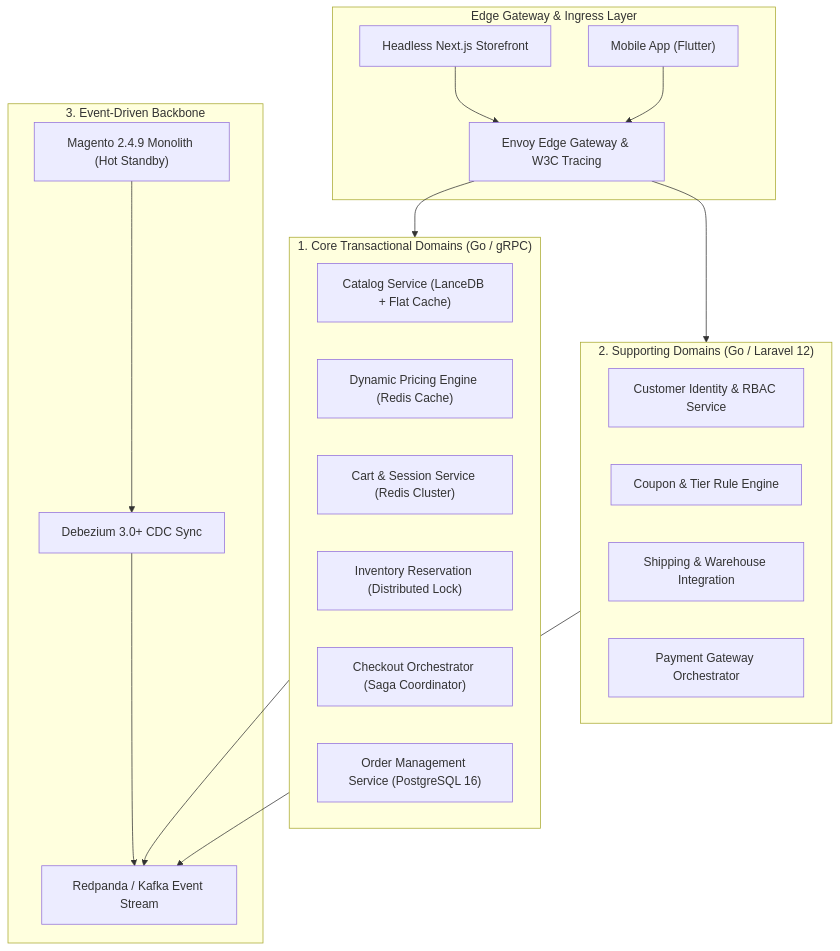
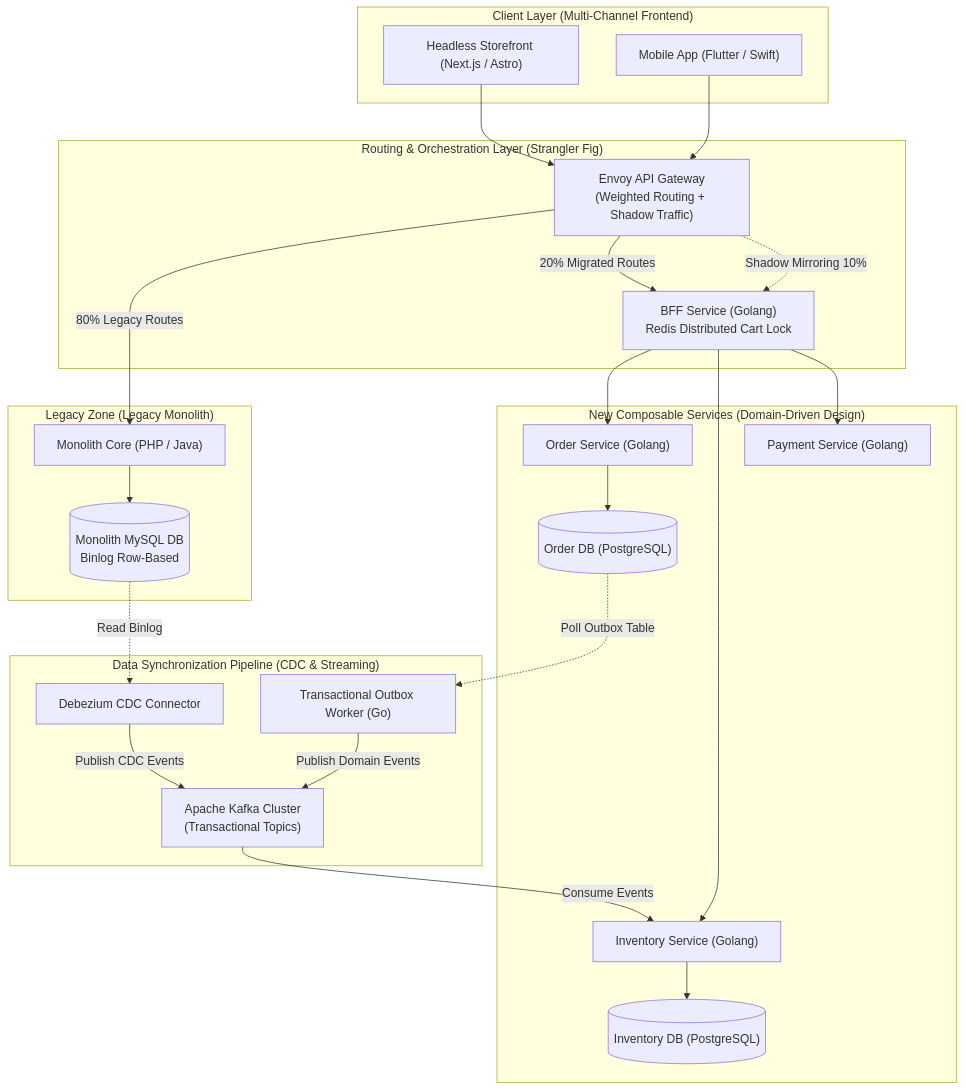
The first of 3 diagrams in content/series/magento-migration-vietnam/ecommerce-architecture-composable-migration.md (vesviet/vesviet), drawn with Mermaid before and after one commit. The commit also changed other lines of this file and 32 other files, not shown here.

First line of the commit message:
feat(series): full EN upgrades for routing-geospatial, composable-commerce, magento-migration + hero widget deep links

````diff
--- a/content/series/magento-migration-vietnam/ecommerce-architecture-composable-migration.md
+++ b/content/series/magento-migration-vietnam/ecommerce-architecture-composable-migration.md
@@ -44,40 +43,53 @@
 ```mermaid
-flowchart TD
-    subgraph Ingress_Layer ["Edge Gateway & Ingress Layer"]
-        WebStore["Headless Next.js Storefront"]
-        MobileApp["Mobile App (Flutter)"]
-        EnvoyIngress["Envoy Edge Gateway & W3C Tracing"]
+graph TD
+    subgraph ClientLayer ["Client Layer (Multi-Channel Frontend)"]
+        WebPWA["Headless Storefront (Next.js / Astro)"]
+        MobileApp["Mobile App (Flutter / Swift)"]
     end
 
-    WebStore --> EnvoyIngress
-    MobileApp --> EnvoyIngress
-
-    subgraph Core_Domains ["1. Core Transactional Domains (Go / gRPC)"]
-        Catalog["Catalog Service (LanceDB + Flat Cache)"]
-        Pricing["Dynamic Pricing Engine (Redis Cache)"]
-        Cart["Cart & Session Service (Redis Cluster)"]
-        Inventory["Inventory Reservation (Distributed Lock)"]
-        Checkout["Checkout Orchestrator (Saga Coordinator)"]
-        Order["Order Management Service (PostgreSQL 16)"]
+    subgraph GatewayLayer ["Routing & Orchestration Layer (Strangler Fig)"]
+        EnvoyGW["Envoy API Gateway<br/>(Weighted Routing + Shadow Traffic)"]
+        BFF["BFF Service (Golang)<br/>Redis Distributed Cart Lock"]
     end
 
-    subgraph Supporting_Domains ["2. Supporting Domains (Go / Laravel 12)"]
-        Customer["Customer Identity & RBAC Service"]
-        Promotions["Coupon & Tier Rule Engine"]
-        Fulfillment["Shipping & Warehouse Integration"]
-        Payment["Payment Gateway Orchestrator"]
+    subgraph LegacyDomain ["Legacy Zone (Legacy Monolith)"]
+        MonolithApp["Monolith Core (PHP / Java)"]
+        MonolithDB[("Monolith MySQL DB<br/>Binlog Row-Based")]
     end
 
-    subgraph Data_Sync_Backbone ["3. Event-Driven Backbone"]
-        Kafka["Redpanda / Kafka Event Stream"]
-        Debezium["Debezium 3.0+ CDC Sync"]
-        MagentoLegacy["Magento 2.4.9 Monolith (Hot Standby)"]
+    subgraph StreamingPipeline ["Data Synchronization Pipeline (CDC & Streaming)"]
+        Debezium["Debezium CDC Connector"]
+        KafkaCluster["Apache Kafka Cluster<br/>(Transactional Topics)"]
+        OutboxWorker["Transactional Outbox Worker (Go)"]
     end
 
-    EnvoyIngress --> Core_Domains
-    EnvoyIngress --> Supporting_Domains
-    Core_Domains --> Kafka
-    Supporting_Domains --> Kafka
-    MagentoLegacy --> Debezium
-    Debezium --> Kafka
+    subgraph ComposableServices ["New Composable Services (Domain-Driven Design)"]
+        OrderSvc["Order Service (Golang)"]
+        OrderDB[("Order DB (PostgreSQL)")]
+        InventorySvc["Inventory Service (Golang)"]
+        InventoryDB[("Inventory DB (PostgreSQL)")]
+        PaymentSvc["Payment Service (Golang)"]
+    end
+
+    WebPWA --> EnvoyGW
+    MobileApp --> EnvoyGW
+    
+    EnvoyGW -->|80% Legacy Routes| MonolithApp
+    EnvoyGW -->|20% Migrated Routes| BFF
+    EnvoyGW -.->|Shadow Mirroring 10%| BFF
+
+    BFF --> OrderSvc
+    BFF --> InventorySvc
+    BFF --> PaymentSvc
+
+    MonolithApp --> MonolithDB
+    MonolithDB -.->|Read Binlog| Debezium
+    Debezium -->|Publish CDC Events| KafkaCluster
+
+    OrderSvc --> OrderDB
+    OrderDB -.->|Poll Outbox Table| OutboxWorker
+    OutboxWorker -->|Publish Domain Events| KafkaCluster
+
+    KafkaCluster -->|Consume Events| InventorySvc
+    InventorySvc --> InventoryDB
 ```
````
